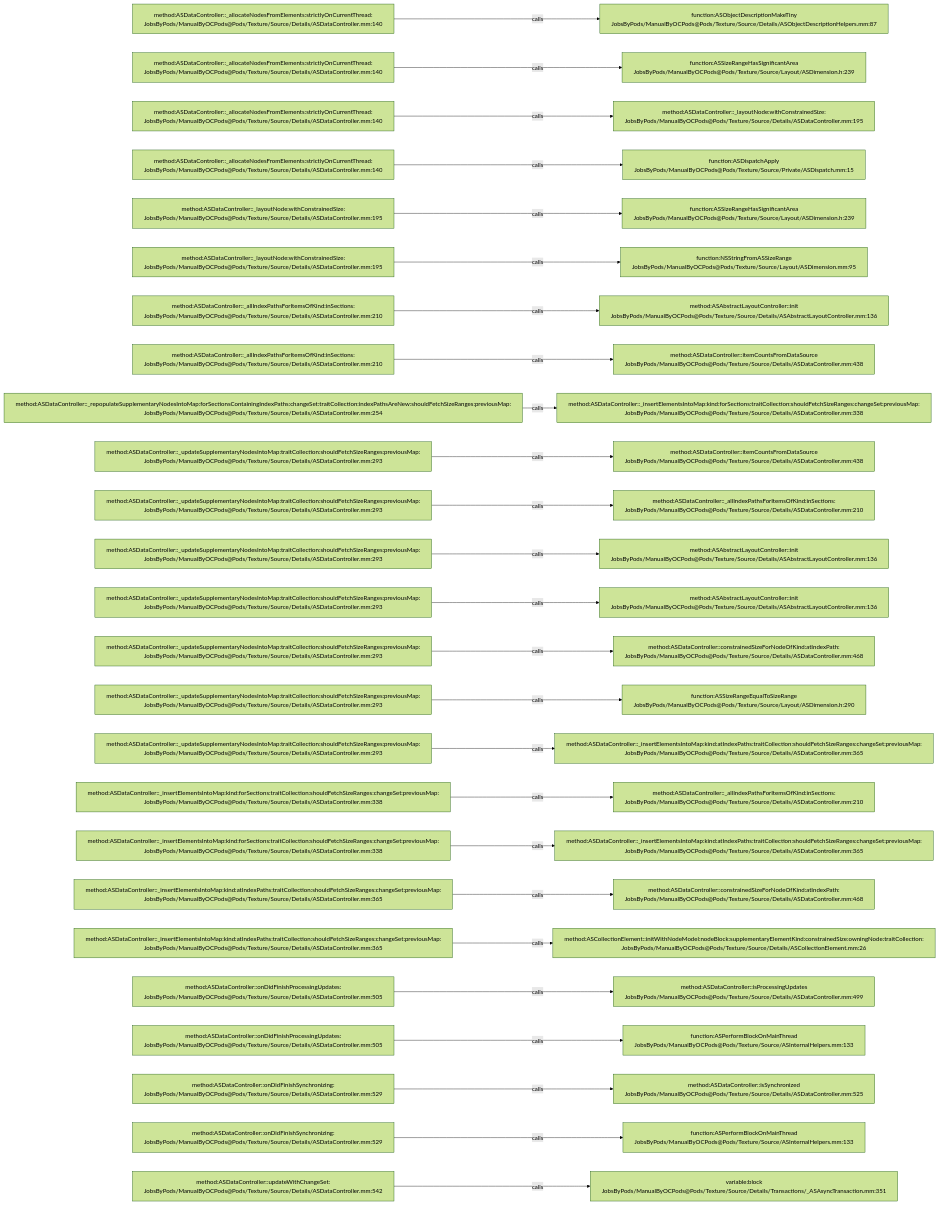
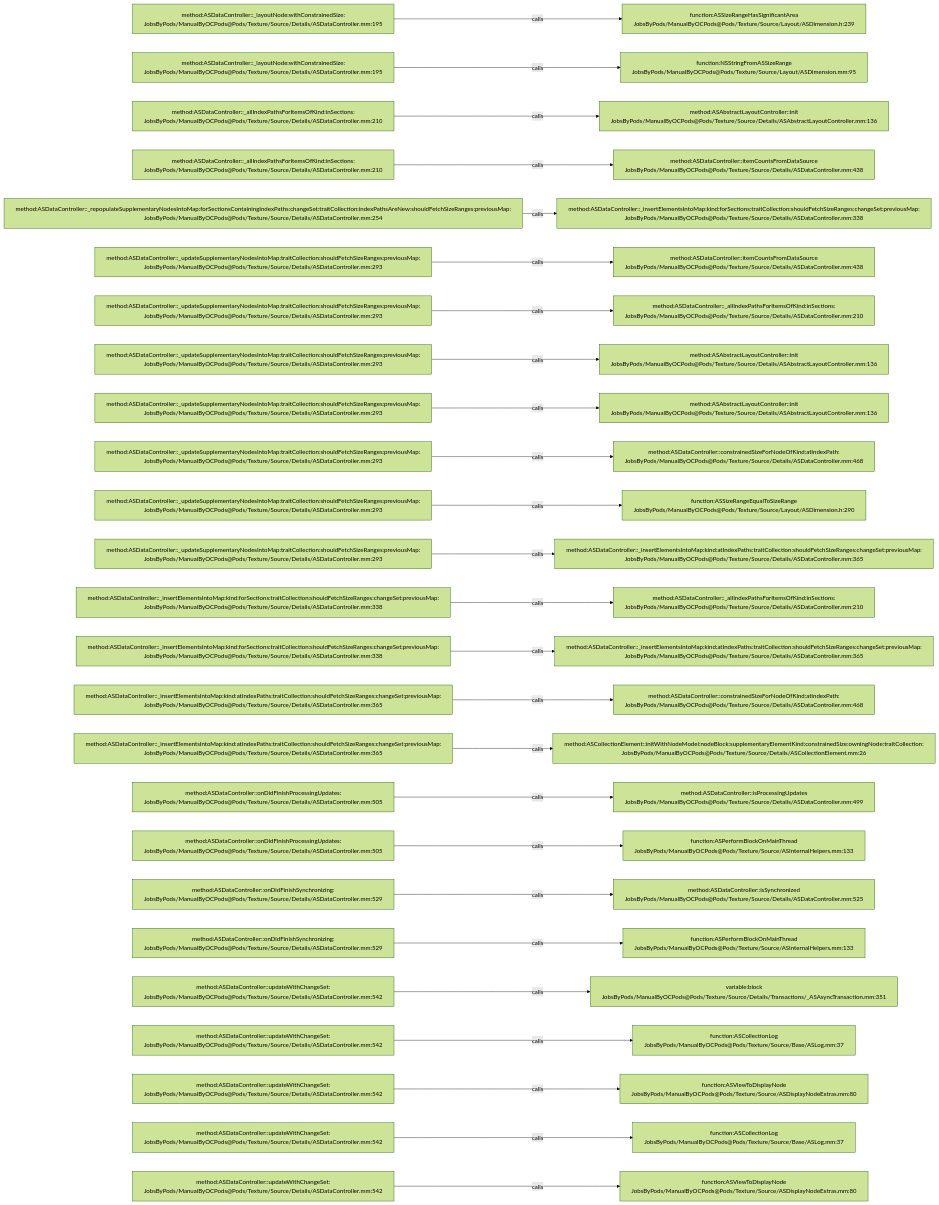
The diagram in .codegraph/codegraph.md/graphs/calls-152.md (JobsKits/JobsOCBaseConfigDemo), drawn with Mermaid (forest theme) before and after one commit. The commit also changed 727 other files, not shown here.

````diff
--- a/.codegraph/codegraph.md/graphs/calls-152.md
+++ b/.codegraph/codegraph.md/graphs/calls-152.md
@@ -13,78 +13,78 @@
 ```mermaid
 flowchart LR
-  S1["method:ASDataController::_allocateNodesFromElements:strictlyOnCurrentThread:<br/>JobsByPods/ManualByOCPods@Pods/Texture/Source/Details/ASDataController.mm:140"]
-  T1["function:ASObjectDescriptionMakeTiny<br/>JobsByPods/ManualByOCPods@Pods/Texture/Source/Details/ASObjectDescriptionHelpers.mm:87"]
+  S1["method:ASDataController::_layoutNode:withConstrainedSize:<br/>JobsByPods/ManualByOCPods@Pods/Texture/Source/Details/ASDataController.mm:195"]
+  T1["function:ASSizeRangeHasSignificantArea<br/>JobsByPods/ManualByOCPods@Pods/Texture/Source/Layout/ASDimension.h:239"]
   S1 -->|calls| T1
-  S2["method:ASDataController::_allocateNodesFromElements:strictlyOnCurrentThread:<br/>JobsByPods/ManualByOCPods@Pods/Texture/Source/Details/ASDataController.mm:140"]
-  T2["function:ASSizeRangeHasSignificantArea<br/>JobsByPods/ManualByOCPods@Pods/Texture/Source/Layout/ASDimension.h:239"]
+  S2["method:ASDataController::_layoutNode:withConstrainedSize:<br/>JobsByPods/ManualByOCPods@Pods/Texture/Source/Details/ASDataController.mm:195"]
+  T2["function:NSStringFromASSizeRange<br/>JobsByPods/ManualByOCPods@Pods/Texture/Source/Layout/ASDimension.mm:95"]
   S2 -->|calls| T2
-  S3["method:ASDataController::_allocateNodesFromElements:strictlyOnCurrentThread:<br/>JobsByPods/ManualByOCPods@Pods/Texture/Source/Details/ASDataController.mm:140"]
-  T3["method:ASDataController::_layoutNode:withConstrainedSize:<br/>JobsByPods/ManualByOCPods@Pods/Texture/Source/Details/ASDataController.mm:195"]
+  S3["method:ASDataController::_allIndexPathsForItemsOfKind:inSections:<br/>JobsByPods/ManualByOCPods@Pods/Texture/Source/Details/ASDataController.mm:210"]
+  T3["method:ASAbstractLayoutController::init<br/>JobsByPods/ManualByOCPods@Pods/Texture/Source/Details/ASAbstractLayoutController.mm:136"]
   S3 -->|calls| T3
-  S4["method:ASDataController::_allocateNodesFromElements:strictlyOnCurrentThread:<br/>JobsByPods/ManualByOCPods@Pods/Texture/Source/Details/ASDataController.mm:140"]
-  T4["function:ASDispatchApply<br/>JobsByPods/ManualByOCPods@Pods/Texture/Source/Private/ASDispatch.mm:15"]
+  S4["method:ASDataController::_allIndexPathsForItemsOfKind:inSections:<br/>JobsByPods/ManualByOCPods@Pods/Texture/Source/Details/ASDataController.mm:210"]
+  T4["method:ASDataController::itemCountsFromDataSource<br/>JobsByPods/ManualByOCPods@Pods/Texture/Source/Details/ASDataController.mm:438"]
   S4 -->|calls| T4
-  S5["method:ASDataController::_layoutNode:withConstrainedSize:<br/>JobsByPods/ManualByOCPods@Pods/Texture/Source/Details/ASDataController.mm:195"]
-  T5["function:ASSizeRangeHasSignificantArea<br/>JobsByPods/ManualByOCPods@Pods/Texture/Source/Layout/ASDimension.h:239"]
+  S5["method:ASDataController::_repopulateSupplementaryNodesIntoMap:forSectionsContainingIndexPaths:changeSet:traitCollection:indexPathsAreNew:shouldFetchSizeRanges:previousMap:<br/>JobsByPods/ManualByOCPods@Pods/Texture/Source/Details/ASDataController.mm:254"]
+  T5["method:ASDataController::_insertElementsIntoMap:kind:forSections:traitCollection:shouldFetchSizeRanges:changeSet:previousMap:<br/>JobsByPods/ManualByOCPods@Pods/Texture/Source/Details/ASDataController.mm:338"]
   S5 -->|calls| T5
-  S6["method:ASDataController::_layoutNode:withConstrainedSize:<br/>JobsByPods/ManualByOCPods@Pods/Texture/Source/Details/ASDataController.mm:195"]
-  T6["function:NSStringFromASSizeRange<br/>JobsByPods/ManualByOCPods@Pods/Texture/Source/Layout/ASDimension.mm:95"]
+  S6["method:ASDataController::_updateSupplementaryNodesIntoMap:traitCollection:shouldFetchSizeRanges:previousMap:<br/>JobsByPods/ManualByOCPods@Pods/Texture/Source/Details/ASDataController.mm:293"]
+  T6["method:ASDataController::itemCountsFromDataSource<br/>JobsByPods/ManualByOCPods@Pods/Texture/Source/Details/ASDataController.mm:438"]
   S6 -->|calls| T6
-  S7["method:ASDataController::_allIndexPathsForItemsOfKind:inSections:<br/>JobsByPods/ManualByOCPods@Pods/Texture/Source/Details/ASDataController.mm:210"]
-  T7["method:ASAbstractLayoutController::init<br/>JobsByPods/ManualByOCPods@Pods/Texture/Source/Details/ASAbstractLayoutController.mm:136"]
+  S7["method:ASDataController::_updateSupplementaryNodesIntoMap:traitCollection:shouldFetchSizeRanges:previousMap:<br/>JobsByPods/ManualByOCPods@Pods/Texture/Source/Details/ASDataController.mm:293"]
+  T7["method:ASDataController::_allIndexPathsForItemsOfKind:inSections:<br/>JobsByPods/ManualByOCPods@Pods/Texture/Source/Details/ASDataController.mm:210"]
   S7 -->|calls| T7
-  S8["method:ASDataController::_allIndexPathsForItemsOfKind:inSections:<br/>JobsByPods/ManualByOCPods@Pods/Texture/Source/Details/ASDataController.mm:210"]
-  T8["method:ASDataController::itemCountsFromDataSource<br/>JobsByPods/ManualByOCPods@Pods/Texture/Source/Details/ASDataController.mm:438"]
+  S8["method:ASDataController::_updateSupplementaryNodesIntoMap:traitCollection:shouldFetchSizeRanges:previousMap:<br/>JobsByPods/ManualByOCPods@Pods/Texture/Source/Details/ASDataController.mm:293"]
+  T8["method:ASAbstractLayoutController::init<br/>JobsByPods/ManualByOCPods@Pods/Texture/Source/Details/ASAbstractLayoutController.mm:136"]
   S8 -->|calls| T8
-  S9["method:ASDataController::_repopulateSupplementaryNodesIntoMap:forSectionsContainingIndexPaths:changeSet:traitCollection:indexPathsAreNew:shouldFetchSizeRanges:previousMap:<br/>JobsByPods/ManualByOCPods@Pods/Texture/Source/Details/ASDataController.mm:254"]
-  T9["method:ASDataController::_insertElementsIntoMap:kind:forSections:traitCollection:shouldFetchSizeRanges:changeSet:previousMap:<br/>JobsByPods/ManualByOCPods@Pods/Texture/Source/Details/ASDataController.mm:338"]
+  S9["method:ASDataController::_updateSupplementaryNodesIntoMap:traitCollection:shouldFetchSizeRanges:previousMap:<br/>JobsByPods/ManualByOCPods@Pods/Texture/Source/Details/ASDataController.mm:293"]
+  T9["method:ASAbstractLayoutController::init<br/>JobsByPods/ManualByOCPods@Pods/Texture/Source/Details/ASAbstractLayoutController.mm:136"]
   S9 -->|calls| T9
   S10["method:ASDataController::_updateSupplementaryNodesIntoMap:traitCollection:shouldFetchSizeRanges:previousMap:<br/>JobsByPods/ManualByOCPods@Pods/Texture/Source/Details/ASDataController.mm:293"]
-  T10["method:ASDataController::itemCountsFromDataSource<br/>JobsByPods/ManualByOCPods@Pods/Texture/Source/Details/ASDataController.mm:438"]
+  T10["method:ASDataController::constrainedSizeForNodeOfKind:atIndexPath:<br/>JobsByPods/ManualByOCPods@Pods/Texture/Source/Details/ASDataController.mm:468"]
   S10 -->|calls| T10
   S11["method:ASDataController::_updateSupplementaryNodesIntoMap:traitCollection:shouldFetchSizeRanges:previousMap:<br/>JobsByPods/ManualByOCPods@Pods/Texture/Source/Details/ASDataController.mm:293"]
-  T11["method:ASDataController::_allIndexPathsForItemsOfKind:inSections:<br/>JobsByPods/ManualByOCPods@Pods/Texture/Source/Details/ASDataController.mm:210"]
+  T11["function:ASSizeRangeEqualToSizeRange<br/>JobsByPods/ManualByOCPods@Pods/Texture/Source/Layout/ASDimension.h:290"]
   S11 -->|calls| T11
   S12["method:ASDataController::_updateSupplementaryNodesIntoMap:traitCollection:shouldFetchSizeRanges:previousMap:<br/>JobsByPods/ManualByOCPods@Pods/Texture/Source/Details/ASDataController.mm:293"]
-  T12["method:ASAbstractLayoutController::init<br/>JobsByPods/ManualByOCPods@Pods/Texture/Source/Details/ASAbstractLayoutController.mm:136"]
+  T12["method:ASDataController::_insertElementsIntoMap:kind:atIndexPaths:traitCollection:shouldFetchSizeRanges:changeSet:previousMap:<br/>JobsByPods/ManualByOCPods@Pods/Texture/Source/Details/ASDataController.mm:365"]
   S12 -->|calls| T12
-  S13["method:ASDataController::_updateSupplementaryNodesIntoMap:traitCollection:shouldFetchSizeRanges:previousMap:<br/>JobsByPods/ManualByOCPods@Pods/Texture/Source/Details/ASDataController.mm:293"]
-  T13["method:ASAbstractLayoutController::init<br/>JobsByPods/ManualByOCPods@Pods/Texture/Source/Details/ASAbstractLayoutController.mm:136"]
+  S13["method:ASDataController::_insertElementsIntoMap:kind:forSections:traitCollection:shouldFetchSizeRanges:changeSet:previousMap:<br/>JobsByPods/ManualByOCPods@Pods/Texture/Source/Details/ASDataController.mm:338"]
+  T13["method:ASDataController::_allIndexPathsForItemsOfKind:inSections:<br/>JobsByPods/ManualByOCPods@Pods/Texture/Source/Details/ASDataController.mm:210"]
   S13 -->|calls| T13
-  S14["method:ASDataController::_updateSupplementaryNodesIntoMap:traitCollection:shouldFetchSizeRanges:previousMap:<br/>JobsByPods/ManualByOCPods@Pods/Texture/Source/Details/ASDataController.mm:293"]
-  T14["method:ASDataController::constrainedSizeForNodeOfKind:atIndexPath:<br/>JobsByPods/ManualByOCPods@Pods/Texture/Source/Details/ASDataController.mm:468"]
+  S14["method:ASDataController::_insertElementsIntoMap:kind:forSections:traitCollection:shouldFetchSizeRanges:changeSet:previousMap:<br/>JobsByPods/ManualByOCPods@Pods/Texture/Source/Details/ASDataController.mm:338"]
+  T14["method:ASDataController::_insertElementsIntoMap:kind:atIndexPaths:traitCollection:shouldFetchSizeRanges:changeSet:previousMap:<br/>JobsByPods/ManualByOCPods@Pods/Texture/Source/Details/ASDataController.mm:365"]
   S14 -->|calls| T14
-  S15["method:ASDataController::_updateSupplementaryNodesIntoMap:traitCollection:shouldFetchSizeRanges:previousMap:<br/>JobsByPods/ManualByOCPods@Pods/Texture/Source/Details/ASDataController.mm:293"]
-  T15["function:ASSizeRangeEqualToSizeRange<br/>JobsByPods/ManualByOCPods@Pods/Texture/Source/Layout/ASDimension.h:290"]
+  S15["method:ASDataController::_insertElementsIntoMap:kind:atIndexPaths:traitCollection:shouldFetchSizeRanges:changeSet:previousMap:<br/>JobsByPods/ManualByOCPods@Pods/Texture/Source/Details/ASDataController.mm:365"]
+  T15["method:ASDataController::constrainedSizeForNodeOfKind:atIndexPath:<br/>JobsByPods/ManualByOCPods@Pods/Texture/Source/Details/ASDataController.mm:468"]
   S15 -->|calls| T15
-  S16["method:ASDataController::_updateSupplementaryNodesIntoMap:traitCollection:shouldFetchSizeRanges:previousMap:<br/>JobsByPods/ManualByOCPods@Pods/Texture/Source/Details/ASDataController.mm:293"]
-  T16["method:ASDataController::_insertElementsIntoMap:kind:atIndexPaths:traitCollection:shouldFetchSizeRanges:changeSet:previousMap:<br/>JobsByPods/ManualByOCPods@Pods/Texture/Source/Details/ASDataController.mm:365"]
+  S16["method:ASDataController::_insertElementsIntoMap:kind:atIndexPaths:traitCollection:shouldFetchSizeRanges:changeSet:previousMap:<br/>JobsByPods/ManualByOCPods@Pods/Texture/Source/Details/ASDataController.mm:365"]
+  T16["method:ASCollectionElement::initWithNodeModel:nodeBlock:supplementaryElementKind:constrainedSize:owningNode:traitCollection:<br/>JobsByPods/ManualByOCPods@Pods/Texture/Source/Details/ASCollectionElement.mm:26"]
   S16 -->|calls| T16
-  S17["method:ASDataController::_insertElementsIntoMap:kind:forSections:traitCollection:shouldFetchSizeRanges:changeSet:previousMap:<br/>JobsByPods/ManualByOCPods@Pods/Texture/Source/Details/ASDataController.mm:338"]
-  T17["method:ASDataController::_allIndexPathsForItemsOfKind:inSections:<br/>JobsByPods/ManualByOCPods@Pods/Texture/Source/Details/ASDataController.mm:210"]
+  S17["method:ASDataController::onDidFinishProcessingUpdates:<br/>JobsByPods/ManualByOCPods@Pods/Texture/Source/Details/ASDataController.mm:505"]
+  T17["method:ASDataController::isProcessingUpdates<br/>JobsByPods/ManualByOCPods@Pods/Texture/Source/Details/ASDataController.mm:499"]
   S17 -->|calls| T17
-  S18["method:ASDataController::_insertElementsIntoMap:kind:forSections:traitCollection:shouldFetchSizeRanges:changeSet:previousMap:<br/>JobsByPods/ManualByOCPods@Pods/Texture/Source/Details/ASDataController.mm:338"]
-  T18["method:ASDataController::_insertElementsIntoMap:kind:atIndexPaths:traitCollection:shouldFetchSizeRanges:changeSet:previousMap:<br/>JobsByPods/ManualByOCPods@Pods/Texture/Source/Details/ASDataController.mm:365"]
+  S18["method:ASDataController::onDidFinishProcessingUpdates:<br/>JobsByPods/ManualByOCPods@Pods/Texture/Source/Details/ASDataController.mm:505"]
+  T18["function:ASPerformBlockOnMainThread<br/>JobsByPods/ManualByOCPods@Pods/Texture/Source/ASInternalHelpers.mm:133"]
   S18 -->|calls| T18
-  S19["method:ASDataController::_insertElementsIntoMap:kind:atIndexPaths:traitCollection:shouldFetchSizeRanges:changeSet:previousMap:<br/>JobsByPods/ManualByOCPods@Pods/Texture/Source/Details/ASDataController.mm:365"]
-  T19["method:ASDataController::constrainedSizeForNodeOfKind:atIndexPath:<br/>JobsByPods/ManualByOCPods@Pods/Texture/Source/Details/ASDataController.mm:468"]
+  S19["method:ASDataController::onDidFinishSynchronizing:<br/>JobsByPods/ManualByOCPods@Pods/Texture/Source/Details/ASDataController.mm:529"]
+  T19["method:ASDataController::isSynchronized<br/>JobsByPods/ManualByOCPods@Pods/Texture/Source/Details/ASDataController.mm:525"]
   S19 -->|calls| T19
-  S20["method:ASDataController::_insertElementsIntoMap:kind:atIndexPaths:traitCollection:shouldFetchSizeRanges:changeSet:previousMap:<br/>JobsByPods/ManualByOCPods@Pods/Texture/Source/Details/ASDataController.mm:365"]
-  T20["method:ASCollectionElement::initWithNodeModel:nodeBlock:supplementaryElementKind:constrainedSize:owningNode:traitCollection:<br/>JobsByPods/ManualByOCPods@Pods/Texture/Source/Details/ASCollectionElement.mm:26"]
+  S20["method:ASDataController::onDidFinishSynchronizing:<br/>JobsByPods/ManualByOCPods@Pods/Texture/Source/Details/ASDataController.mm:529"]
+  T20["function:ASPerformBlockOnMainThread<br/>JobsByPods/ManualByOCPods@Pods/Texture/Source/ASInternalHelpers.mm:133"]
   S20 -->|calls| T20
-  S21["method:ASDataController::onDidFinishProcessingUpdates:<br/>JobsByPods/ManualByOCPods@Pods/Texture/Source/Details/ASDataController.mm:505"]
-  T21["method:ASDataController::isProcessingUpdates<br/>JobsByPods/ManualByOCPods@Pods/Texture/Source/Details/ASDataController.mm:499"]
+  S21["method:ASDataController::updateWithChangeSet:<br/>JobsByPods/ManualByOCPods@Pods/Texture/Source/Details/ASDataController.mm:542"]
+  T21["variable:block<br/>JobsByPods/ManualByOCPods@Pods/Texture/Source/Details/Transactions/_ASAsyncTransaction.mm:351"]
   S21 -->|calls| T21
-  S22["method:ASDataController::onDidFinishProcessingUpdates:<br/>JobsByPods/ManualByOCPods@Pods/Texture/Source/Details/ASDataController.mm:505"]
-  T22["function:ASPerformBlockOnMainThread<br/>JobsByPods/ManualByOCPods@Pods/Texture/Source/ASInternalHelpers.mm:133"]
+  S22["method:ASDataController::updateWithChangeSet:<br/>JobsByPods/ManualByOCPods@Pods/Texture/Source/Details/ASDataController.mm:542"]
+  T22["function:ASCollectionLog<br/>JobsByPods/ManualByOCPods@Pods/Texture/Source/Base/ASLog.mm:37"]
   S22 -->|calls| T22
-  S23["method:ASDataController::onDidFinishSynchronizing:<br/>JobsByPods/ManualByOCPods@Pods/Texture/Source/Details/ASDataController.mm:529"]
-  T23["method:ASDataController::isSynchronized<br/>JobsByPods/ManualByOCPods@Pods/Texture/Source/Details/ASDataController.mm:525"]
+  S23["method:ASDataController::updateWithChangeSet:<br/>JobsByPods/ManualByOCPods@Pods/Texture/Source/Details/ASDataController.mm:542"]
+  T23["function:ASViewToDisplayNode<br/>JobsByPods/ManualByOCPods@Pods/Texture/Source/ASDisplayNodeExtras.mm:80"]
   S23 -->|calls| T23
-  S24["method:ASDataController::onDidFinishSynchronizing:<br/>JobsByPods/ManualByOCPods@Pods/Texture/Source/Details/ASDataController.mm:529"]
-  T24["function:ASPerformBlockOnMainThread<br/>JobsByPods/ManualByOCPods@Pods/Texture/Source/ASInternalHelpers.mm:133"]
+  S24["method:ASDataController::updateWithChangeSet:<br/>JobsByPods/ManualByOCPods@Pods/Texture/Source/Details/ASDataController.mm:542"]
+  T24["function:ASCollectionLog<br/>JobsByPods/ManualByOCPods@Pods/Texture/Source/Base/ASLog.mm:37"]
   S24 -->|calls| T24
   S25["method:ASDataController::updateWithChangeSet:<br/>JobsByPods/ManualByOCPods@Pods/Texture/Source/Details/ASDataController.mm:542"]
-  T25["variable:block<br/>JobsByPods/ManualByOCPods@Pods/Texture/Source/Details/Transactions/_ASAsyncTransaction.mm:351"]
+  T25["function:ASViewToDisplayNode<br/>JobsByPods/ManualByOCPods@Pods/Texture/Source/ASDisplayNodeExtras.mm:80"]
   S25 -->|calls| T25
 ```
````
